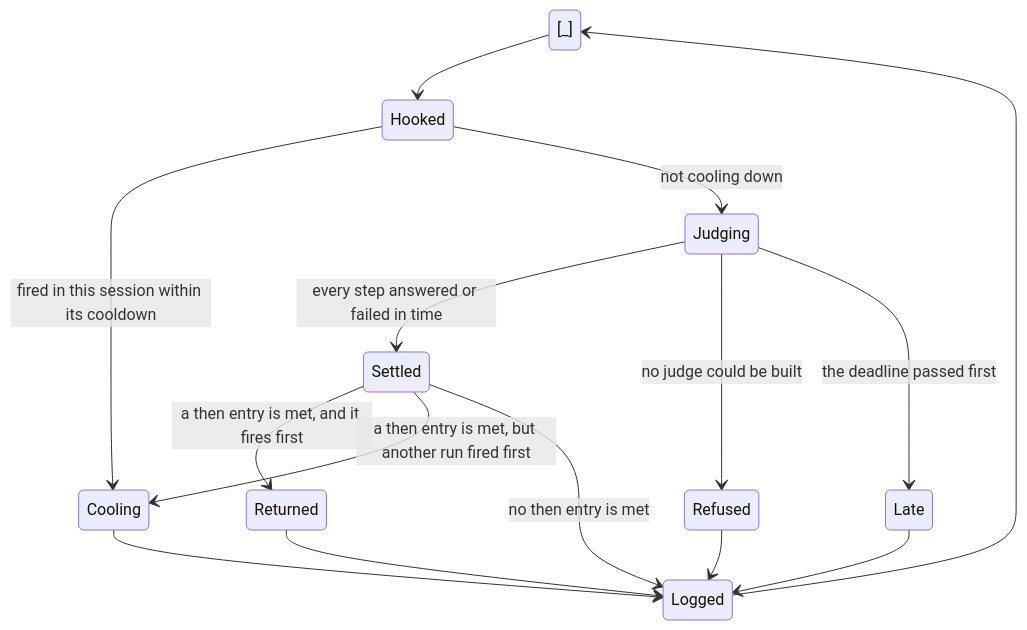
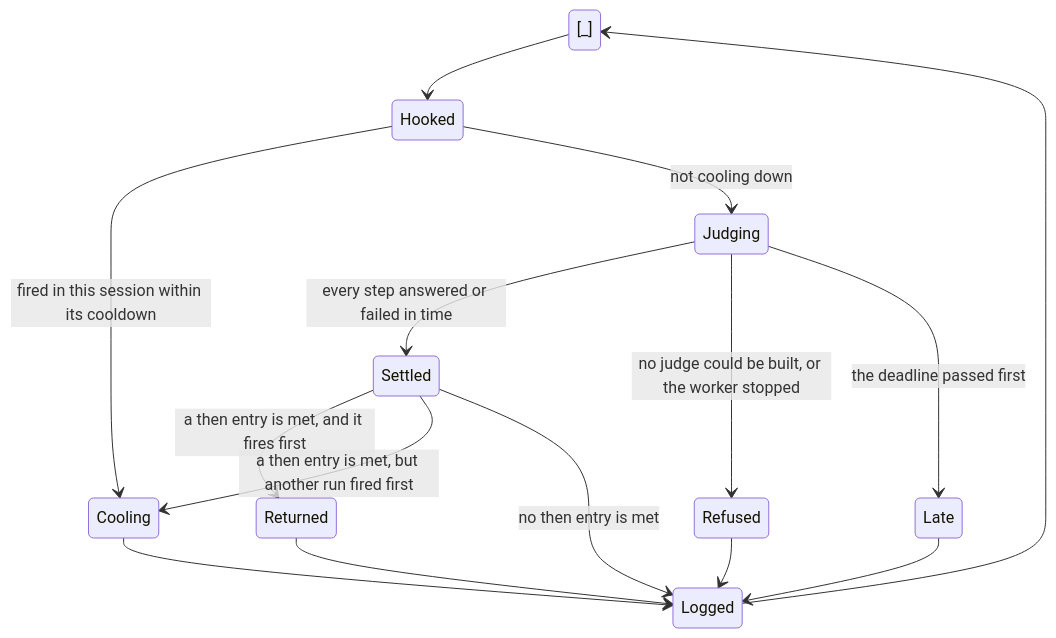
Before and after one commit to StevenJPx2/chauffeur: the sixth of 11 diagrams in docs/audits/state-machines.md, drawn with Mermaid. The commit also changed other lines of this file and 2 other files, not shown here.

Commit message:
fix(runtime): refuse a run whose worker stops instead of logging it as late

````diff
--- a/docs/audits/state-machines.md
+++ b/docs/audits/state-machines.md
@@ -355,17 +354,17 @@
 ```mermaid
 stateDiagram-v2
 [_] --> Hooked
 Hooked --> Cooling : fired in this session within its cooldown
 Hooked --> Judging : not cooling down
 Judging --> Settled : every step answered or failed in time
-Judging --> Refused : no judge could be built
+Judging --> Refused : no judge could be built, or the worker stopped
 Judging --> Late : the deadline passed first
 Settled --> Returned : a then entry is met, and it fires first
 Settled --> Cooling : a then entry is met, but another run fired first
 Settled --> Logged : no then entry is met
 Returned --> Logged
 Cooling --> Logged
 Refused --> Logged
 Late --> Logged
 Logged --> [_]
 ```
````
